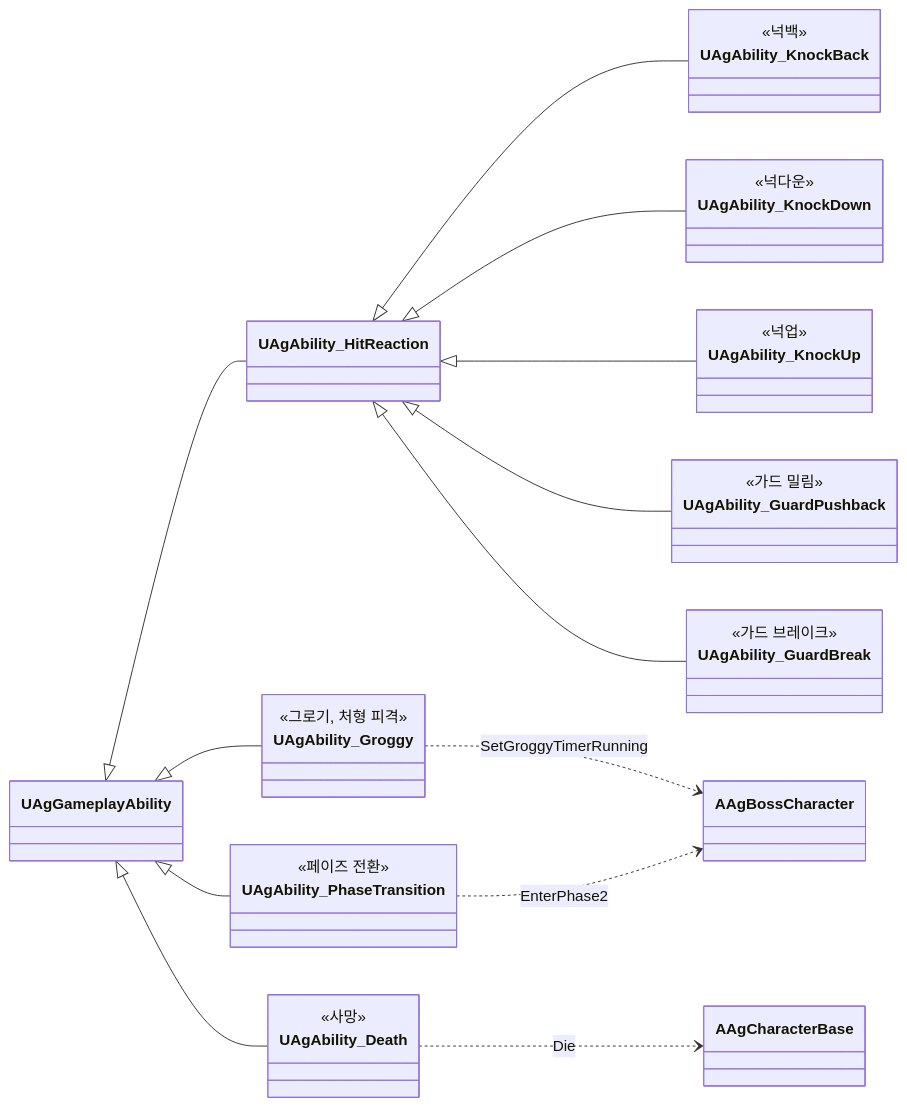
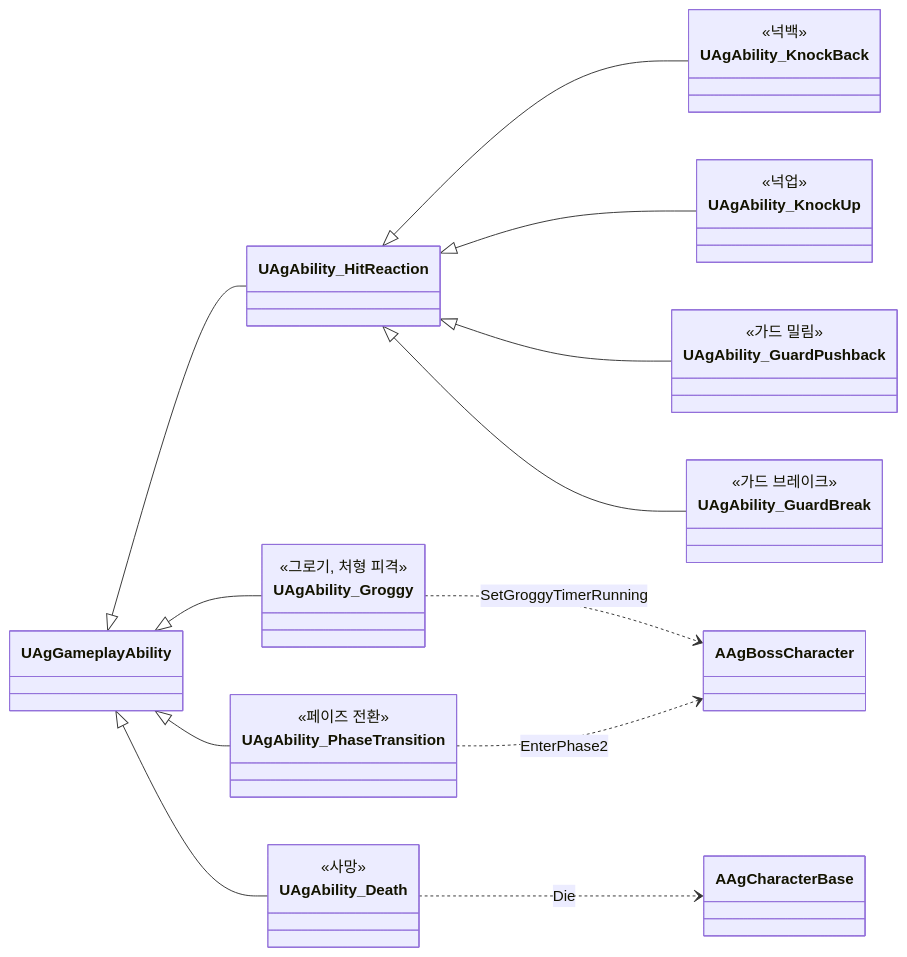
Before and after one commit to Woogl/Ag: the sixth of 20 diagrams in Docs/Program/클래스 구조도.md, drawn with Mermaid. The commit also changed 35 other files, not shown here.

First line of the commit message:
폴리싱: 넉다운을 없애고, 넉백은 각 팩의 Hit_knockdown으로 밀려나며 쓰러졌다 일어남 (전투 시스템 '피격 반응', 플레이어 사양·보스 사양 '넉백' 모션, 구현 계획서 '넉백', 데이터 위치표, 클래스 구조도)

````diff
--- a/Docs/Program/클래스 구조도.md
+++ b/Docs/Program/클래스 구조도.md
@@ -242,41 +242,37 @@
 ```mermaid
 classDiagram
     direction LR
     class UAgAbility_KnockBack {
         <<넉백>>
-    }
-    class UAgAbility_KnockDown {
-        <<넉다운>>
     }
     class UAgAbility_KnockUp {
         <<넉업>>
     }
     class UAgAbility_GuardPushback {
         <<가드 밀림>>
     }
     class UAgAbility_GuardBreak {
         <<가드 브레이크>>
     }
     class UAgAbility_Groggy {
         <<그로기, 처형 피격>>
     }
     class UAgAbility_PhaseTransition {
         <<페이즈 전환>>
     }
     class UAgAbility_Death {
         <<사망>>
     }
     UAgGameplayAbility <|-- UAgAbility_HitReaction
     UAgAbility_HitReaction <|-- UAgAbility_KnockBack
-    UAgAbility_HitReaction <|-- UAgAbility_KnockDown
     UAgAbility_HitReaction <|-- UAgAbility_KnockUp
     UAgAbility_HitReaction <|-- UAgAbility_GuardPushback
     UAgAbility_HitReaction <|-- UAgAbility_GuardBreak
     UAgGameplayAbility <|-- UAgAbility_Groggy
     UAgGameplayAbility <|-- UAgAbility_PhaseTransition
     UAgGameplayAbility <|-- UAgAbility_Death
 
     UAgAbility_Groggy ..> AAgBossCharacter : SetGroggyTimerRunning
     UAgAbility_PhaseTransition ..> AAgBossCharacter : EnterPhase2
     UAgAbility_Death ..> AAgCharacterBase : Die
 ```
````
